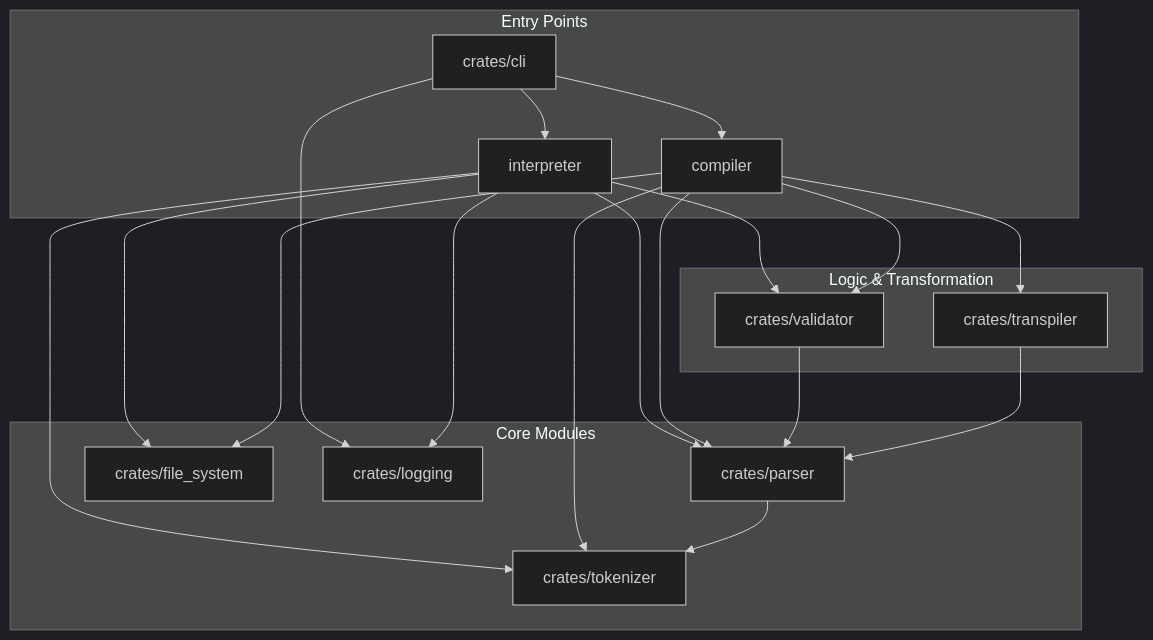
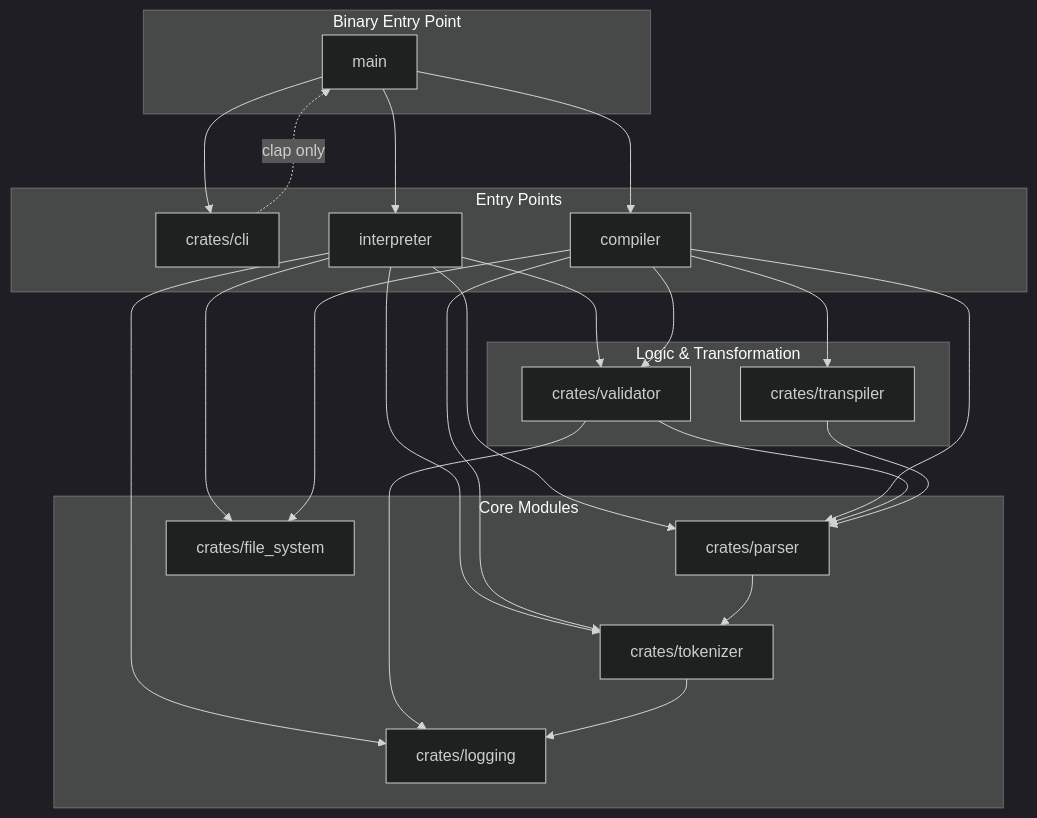
The diagram in CONTRIBUTING.md (AzLangProgramingLanguage/AzLang), drawn with Mermaid (dark theme) before and after one commit. The commit also changed other lines of this file, not shown here.

````diff
--- a/CONTRIBUTING.md
+++ b/CONTRIBUTING.md
@@ -23,44 +21,49 @@
 ```mermaid
 graph TD
+    subgraph "Binary Entry Point"
+        MAIN[main]
+    end
     subgraph "Entry Points"
         CLI[crates/cli]
         INT[interpreter]
         COMP[compiler]
     end
-
     subgraph "Logic & Transformation"
         VAL[crates/validator]
         TRANS[crates/transpiler]
     end
-
     subgraph "Core Modules"
         PRS[crates/parser]
         TOK[crates/tokenizer]
         FS[crates/file_system]
         LOG[crates/logging]
     end
+    %% Main wires everything together
+    MAIN --> CLI
+    MAIN --> INT
+    MAIN --> COMP
 
-    %% Entry Point Dependencies
-    CLI --> INT
-    CLI --> COMP
-    CLI --> LOG
+    %% CLI only parses args
+    CLI -.->|clap only| MAIN
 
     %% Interpreter Flow
     INT --> PRS
     INT --> TOK
     INT --> VAL
     INT --> FS
     INT --> LOG
 
     %% Compiler Flow
     COMP --> PRS
     COMP --> TOK
     COMP --> VAL
     COMP --> TRANS
     COMP --> FS
 
     %% Internal Dependencies
     VAL --> PRS
+    VAL --> LOG
     TRANS --> PRS
     PRS --> TOK
+    TOK --> LOG
 ```
````
